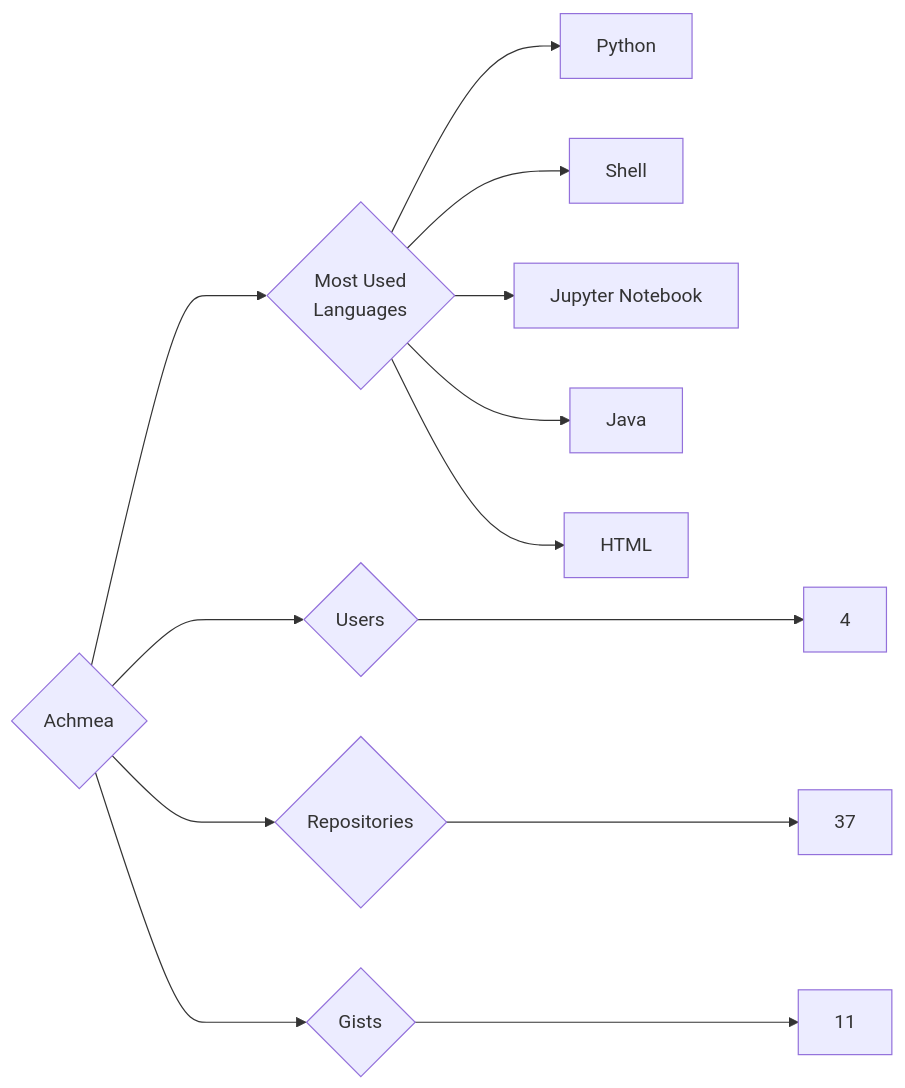
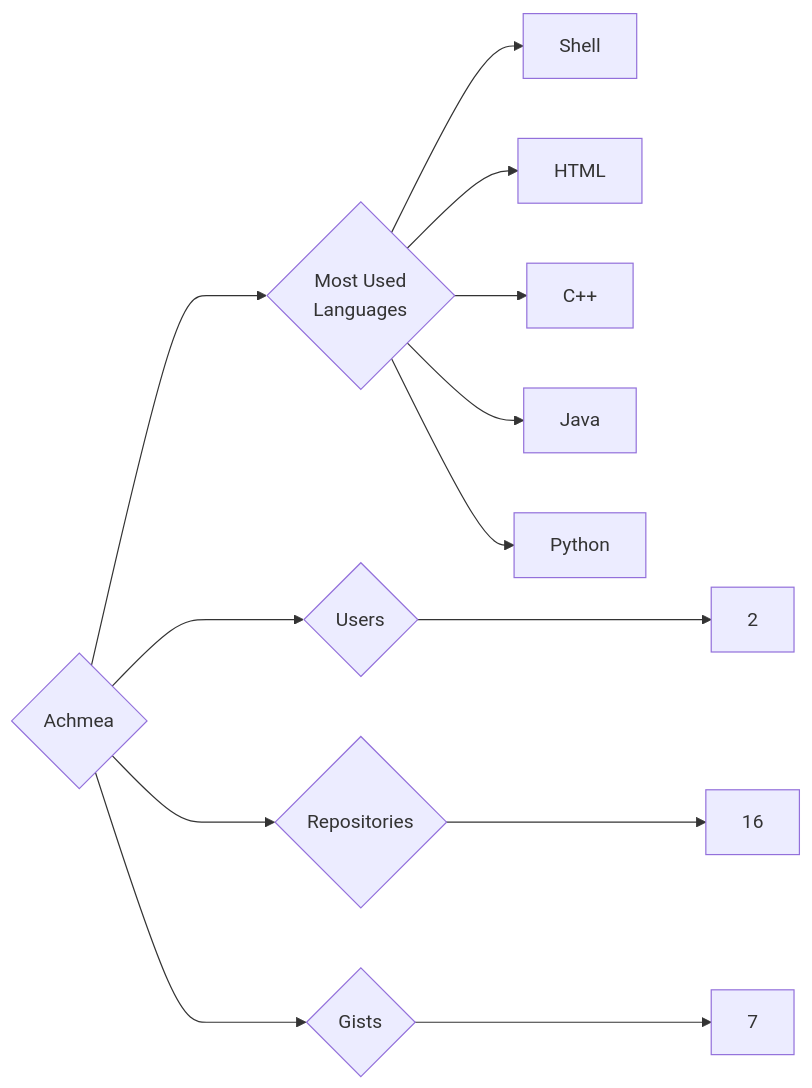
The diagram in targets/Achmea/README.md (trickest/insiders), drawn with Mermaid before and after one commit. The commit also changed 1036 other files, not shown here.

````diff
--- a/targets/Achmea/README.md
+++ b/targets/Achmea/README.md
@@ -3,13 +3,13 @@
 ```mermaid
 graph LR
 COMPANY_NAME{Achmea}
-COMPANY_NAME ---> U{Users} ---> UN[4]
-COMPANY_NAME ---> R{Repositories} ---> RN[37]
-COMPANY_NAME ---> G{Gists} ---> GN[11]
+COMPANY_NAME ---> U{Users} ---> UN[2]
+COMPANY_NAME ---> R{Repositories} ---> RN[16]
+COMPANY_NAME ---> G{Gists} ---> GN[7]
 COMPANY_NAME ---> ML{Most Used<br>Languages}
+ML --> Shell[Shell]
+ML --> HTML[HTML]
+ML --> C++[C++]
+ML --> Java[Java]
 ML --> Python[Python]
-ML --> Shell[Shell]
-ML --> Jupyter_Notebook[Jupyter Notebook]
-ML --> Java[Java]
-ML --> HTML[HTML]
 ```
````
